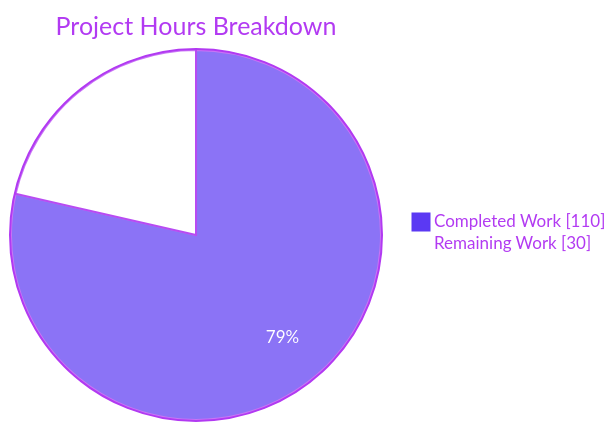
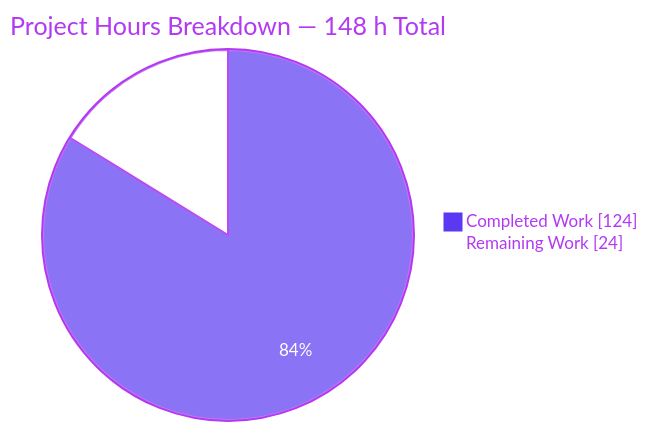
Before and after one commit to Blitzy-Sandbox/blitzy-trinket-oss: the second of 3 diagrams in blitzy/documentation/Project Guide.md, drawn with Mermaid. The commit also changed other lines of this file, not shown here.

Commit message:
Adding Blitzy Project Guide: Project Status and Human Tasks Remaining

````diff
--- a/blitzy/documentation/Project Guide.md
+++ b/blitzy/documentation/Project Guide.md
@@ -323,7 +288,7 @@
 ```mermaid
 %%{init: {'theme':'base','themeVariables':{'pie1':'#5B39F3','pie2':'#FFFFFF','pieStrokeColor':'#B23AF2','pieOuterStrokeColor':'#B23AF2','pieTitleTextColor':'#B23AF2','pieSectionTextColor':'#FFFFFF','pieLegendTextColor':'#B23AF2'}}}%%
 pie showData
-    title Project Hours Breakdown
-    "Completed Work" : 110
-    "Remaining Work" : 30
+    title Project Hours Breakdown — 148 h Total
+    "Completed Work" : 124
+    "Remaining Work" : 24
 ```
````
